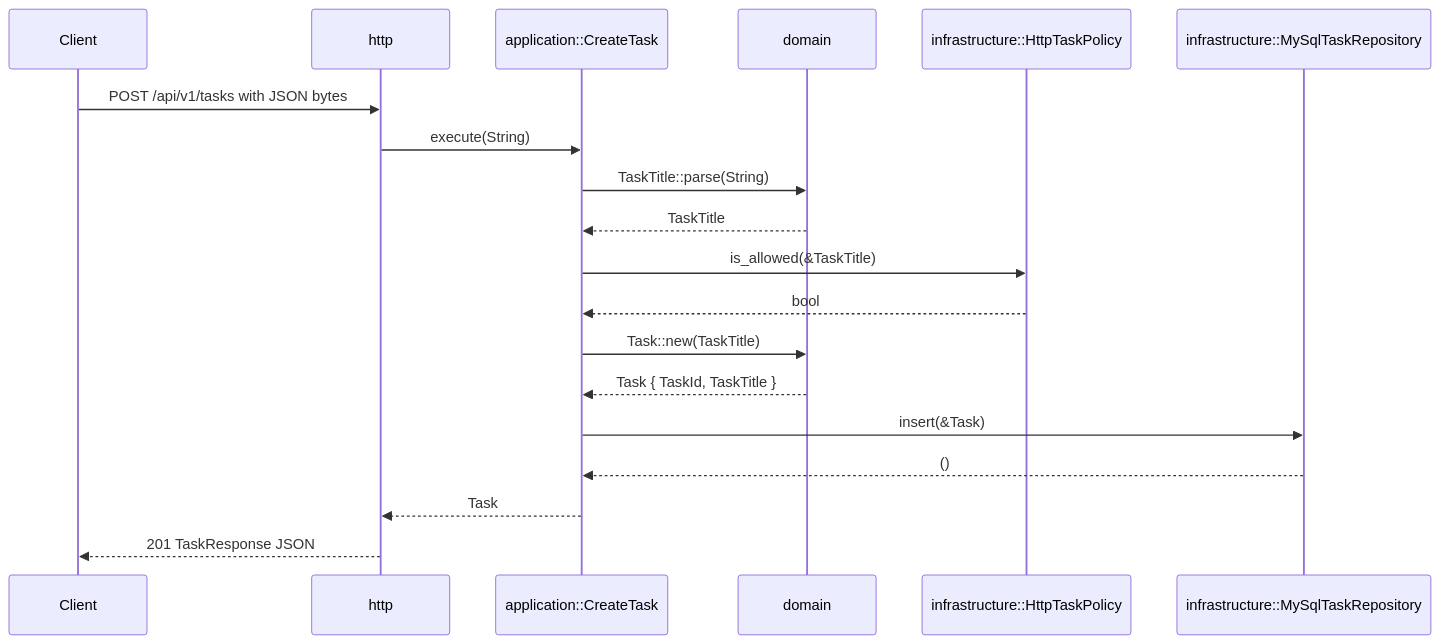
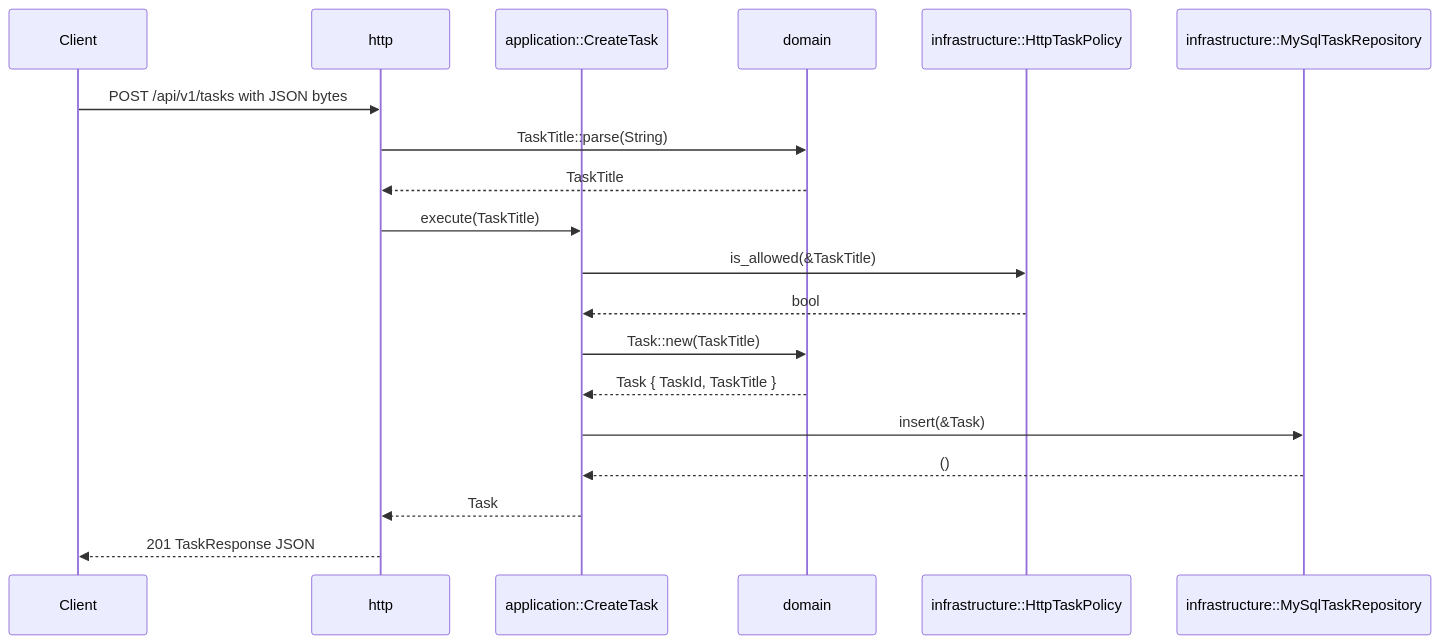
The diagram in docs/guide/task-flow.md (ralchemy/rust-web-foundry), drawn with Mermaid before and after one commit. The commit also changed other lines of this file and 24 other files, not shown here.

````diff
--- a/docs/guide/task-flow.md
+++ b/docs/guide/task-flow.md
@@ -32,22 +32,22 @@
 ```mermaid
 sequenceDiagram
     participant Client
     participant HTTP as http
     participant UseCase as application::CreateTask
     participant Domain as domain
     participant Policy as infrastructure::HttpTaskPolicy
     participant DB as infrastructure::MySqlTaskRepository
 
     Client->>HTTP: POST /api/v1/tasks with JSON bytes
-    HTTP->>UseCase: execute(String)
-    UseCase->>Domain: TaskTitle::parse(String)
-    Domain-->>UseCase: TaskTitle
+    HTTP->>Domain: TaskTitle::parse(String)
+    Domain-->>HTTP: TaskTitle
+    HTTP->>UseCase: execute(TaskTitle)
     UseCase->>Policy: is_allowed(&TaskTitle)
     Policy-->>UseCase: bool
     UseCase->>Domain: Task::new(TaskTitle)
     Domain-->>UseCase: Task { TaskId, TaskTitle }
     UseCase->>DB: insert(&Task)
     DB-->>UseCase: ()
     UseCase-->>HTTP: Task
     HTTP-->>Client: 201 TaskResponse JSON
 ```
````
